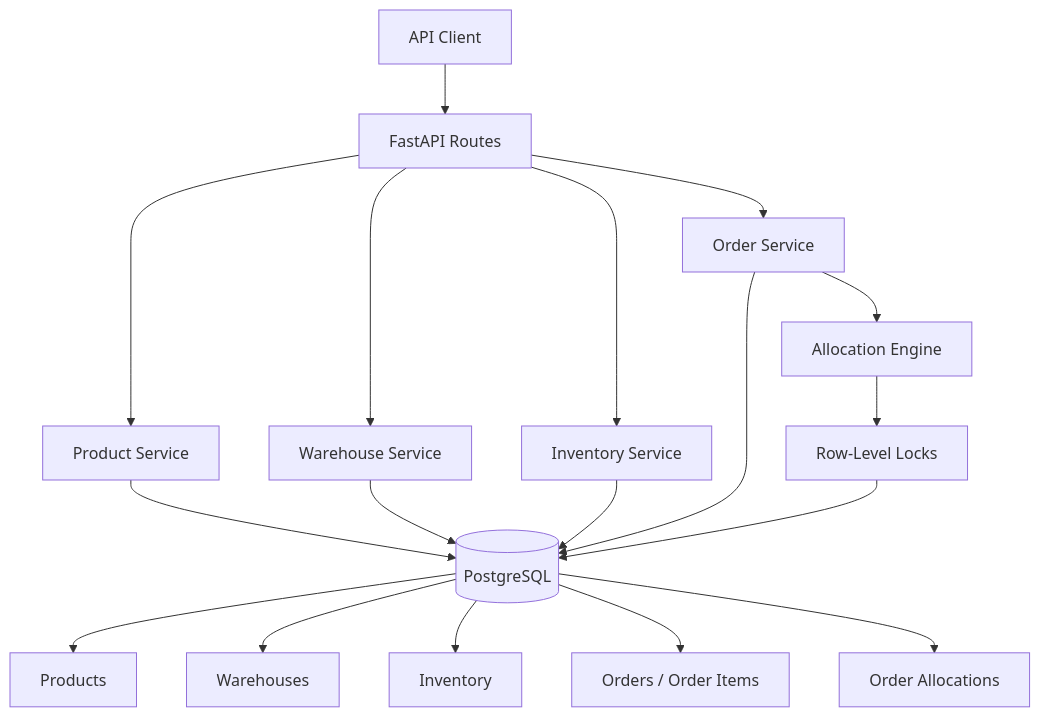
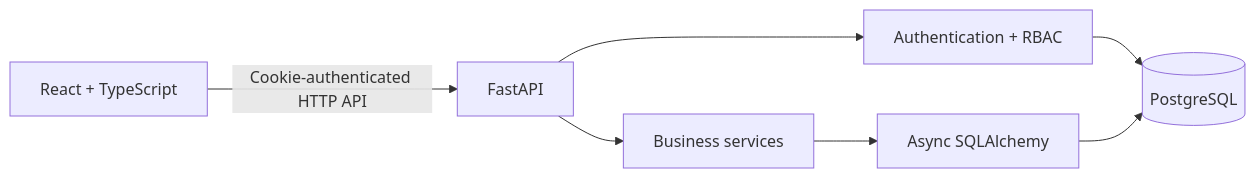
Before and after one commit to Sunnez/StockFlow: the diagram in README.md, drawn with Mermaid. The commit also changed other lines of this file and 118 other files, not shown here.

````diff
--- a/README.md
+++ b/README.md
@@ -213,24 +38,9 @@
 ```mermaid
-flowchart TD
-    Client[API Client] --> API[FastAPI Routes]
-
-    API --> ProductService[Product Service]
-    API --> WarehouseService[Warehouse Service]
-    API --> InventoryService[Inventory Service]
-    API --> OrderService[Order Service]
-
-    ProductService --> DB[(PostgreSQL)]
-    WarehouseService --> DB
-    InventoryService --> DB
-    OrderService --> DB
-
-    OrderService --> Allocation[Allocation Engine]
-    Allocation --> Locks[Row-Level Locks]
-    Locks --> DB
-
-    DB --> Products[Products]
-    DB --> Warehouses[Warehouses]
-    DB --> Inventory[Inventory]
-    DB --> Orders[Orders / Order Items]
-    DB --> Allocations[Order Allocations]
+flowchart LR
+    UI[React + TypeScript] -->|Cookie-authenticated HTTP API| API[FastAPI]
+    API --> AUTH[Authentication + RBAC]
+    API --> SERVICES[Business services]
+    AUTH --> DB[(PostgreSQL)]
+    SERVICES --> ORM[Async SQLAlchemy]
+    ORM --> DB
 ```
````
